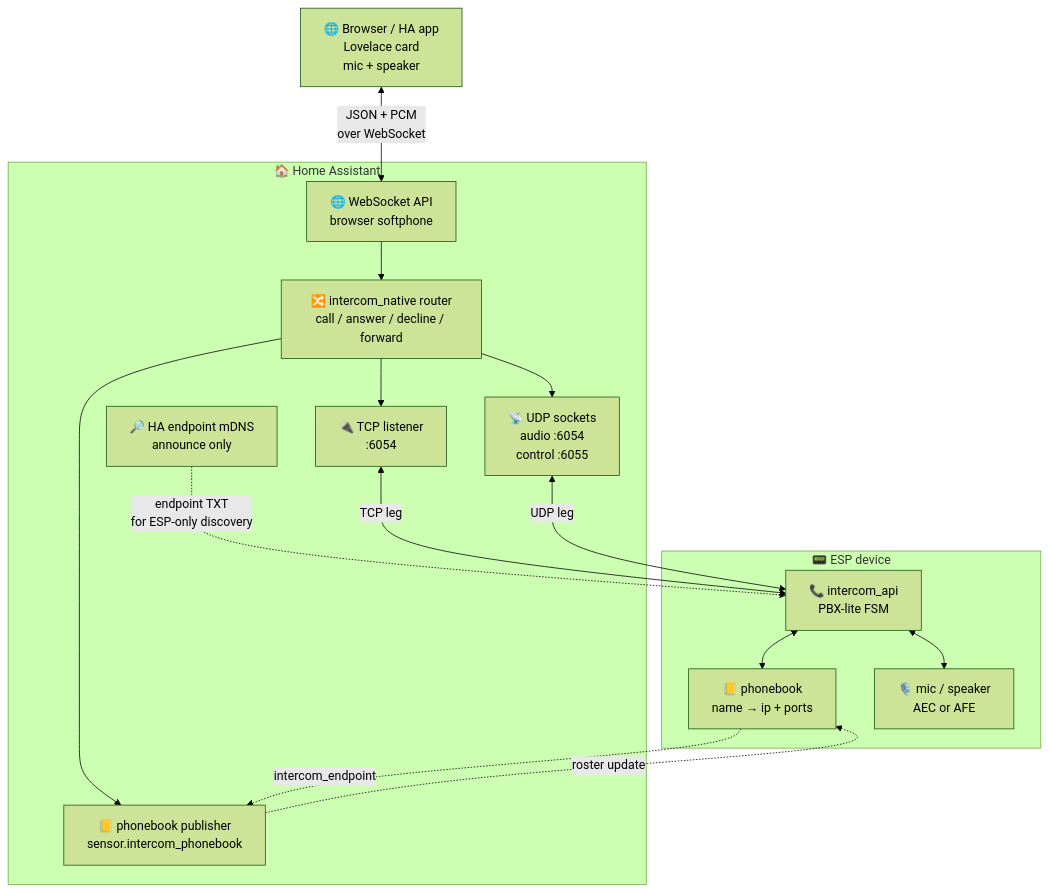
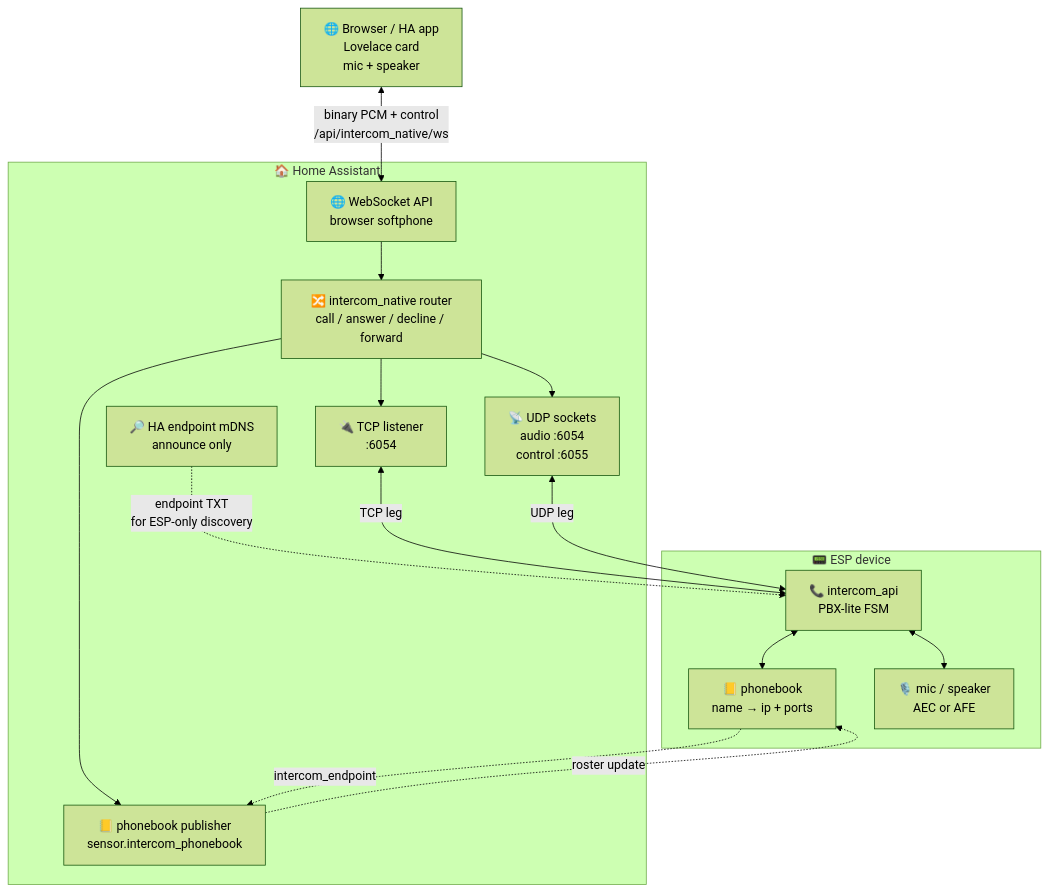
The first of 6 diagrams in README.md (csfrussa/esphome-intercom), drawn with Mermaid (forest theme) before and after one commit. The commit also changed other lines of this file and 8 other files, not shown here.

````diff
--- a/README.md
+++ b/README.md
@@ -424,32 +464,32 @@
 ```mermaid
 flowchart TD
     Browser["🌐 Browser / HA app<br/>Lovelace card<br/>mic + speaker"]
 
     subgraph HA["🏠 Home Assistant"]
         WS["🌐 WebSocket API<br/>browser softphone"]
         Router["🔀 intercom_native router<br/>call / answer / decline / forward"]
         Roster["📒 phonebook publisher<br/>sensor.intercom_phonebook"]
         MDNS["🔎 HA endpoint mDNS<br/>announce only"]
         TCP["🔌 TCP listener<br/>:6054"]
         UDP["📡 UDP sockets<br/>audio :6054<br/>control :6055"]
     end
 
     subgraph ESP["📟 ESP device"]
         FSM["📞 intercom_api<br/>PBX-lite FSM"]
         Book["📒 phonebook<br/>name → ip + ports"]
         Audio["🎙️ mic / speaker<br/>AEC or AFE"]
     end
 
-    Browser <-->|"JSON + PCM<br/>over WebSocket"| WS
+    Browser <-->|"binary PCM + control<br/>/api/intercom_native/ws"| WS
     WS --> Router
     Router --> TCP
     Router --> UDP
     Router --> Roster
     Book -. "intercom_endpoint" .-> Roster
     Roster -. "roster update" .-> Book
     MDNS -. "endpoint TXT<br/>for ESP-only discovery" .-> FSM
     TCP <-->|"TCP leg"| FSM
     UDP <-->|"UDP leg"| FSM
     FSM <--> Book
     FSM <--> Audio
 ```
````
